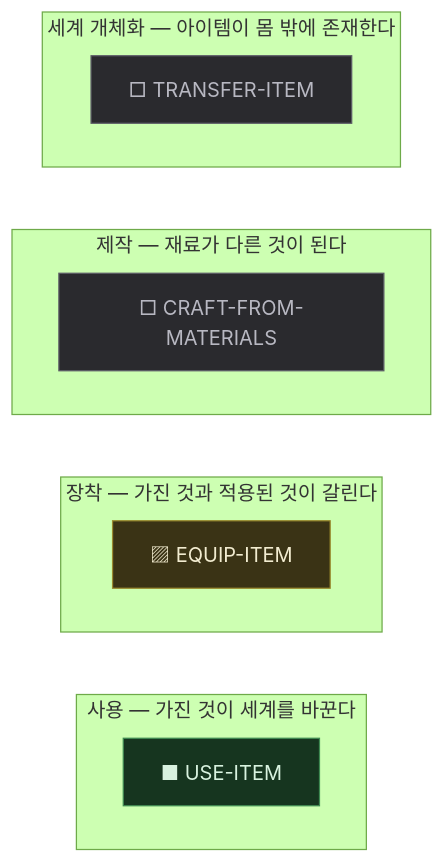
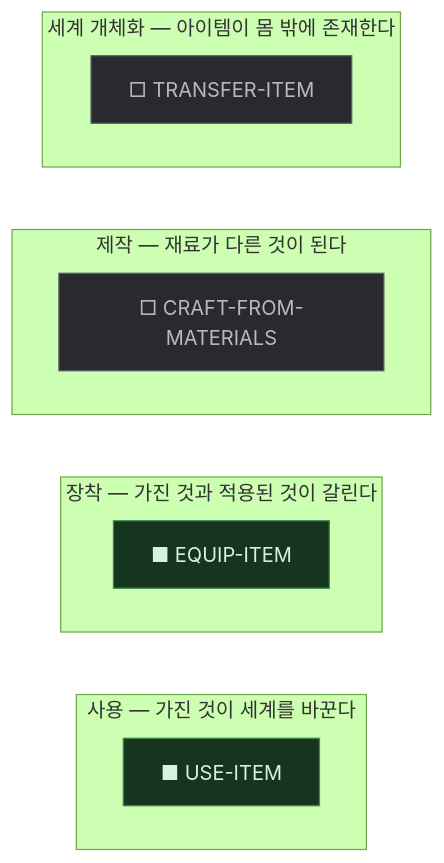
One commit to dkwkekzz/HktFramework changed the ninth of 11 diagrams in HktAdvProtoH/content/proto-adventure/master/graph/GRAPH.md. Above: the diagram before and after it, drawn with Mermaid (forest theme). The commit also changed other lines of this file and 6 other files, not shown here.

````diff
--- a/HktAdvProtoH/content/proto-adventure/master/graph/GRAPH.md
+++ b/HktAdvProtoH/content/proto-adventure/master/graph/GRAPH.md
@@ -357,28 +357,27 @@
 ```mermaid
 flowchart TB
   subgraph SEG0 ["세계 개체화 — 아이템이 몸 밖에 존재한다"]
     N0["□ TRANSFER-ITEM"]
   end
   subgraph SEG1 ["제작 — 재료가 다른 것이 된다"]
     N1["□ CRAFT-FROM-MATERIALS"]
   end
   subgraph SEG2 ["장착 — 가진 것과 적용된 것이 갈린다"]
-    N2["▨ EQUIP-ITEM"]
+    N2["■ EQUIP-ITEM"]
   end
   subgraph SEG3 ["사용 — 가진 것이 세계를 바꾼다"]
     N3["■ USE-ITEM"]
   end
   SEG0 ~~~ SEG1
   SEG1 ~~~ SEG2
   SEG2 ~~~ SEG3
 
   classDef impl fill:#16351f,stroke:#3f8a52,color:#d8f2df;
   classDef part fill:#3a3315,stroke:#9a8a2e,color:#f2ecd0;
   classDef miss fill:#2a2a2e,stroke:#5c5c66,color:#b8b8c2;
   classDef implS fill:#16351f,stroke:#3f8a52,color:#d8f2df,stroke-dasharray:5 4;
   classDef partS fill:#3a3315,stroke:#9a8a2e,color:#f2ecd0,stroke-dasharray:5 4;
   classDef missS fill:#2a2a2e,stroke:#5c5c66,color:#b8b8c2,stroke-dasharray:5 4;
-  class N3 impl;
-  class N2 part;
+  class N2,N3 impl;
   class N0,N1 miss;
 ```
````
